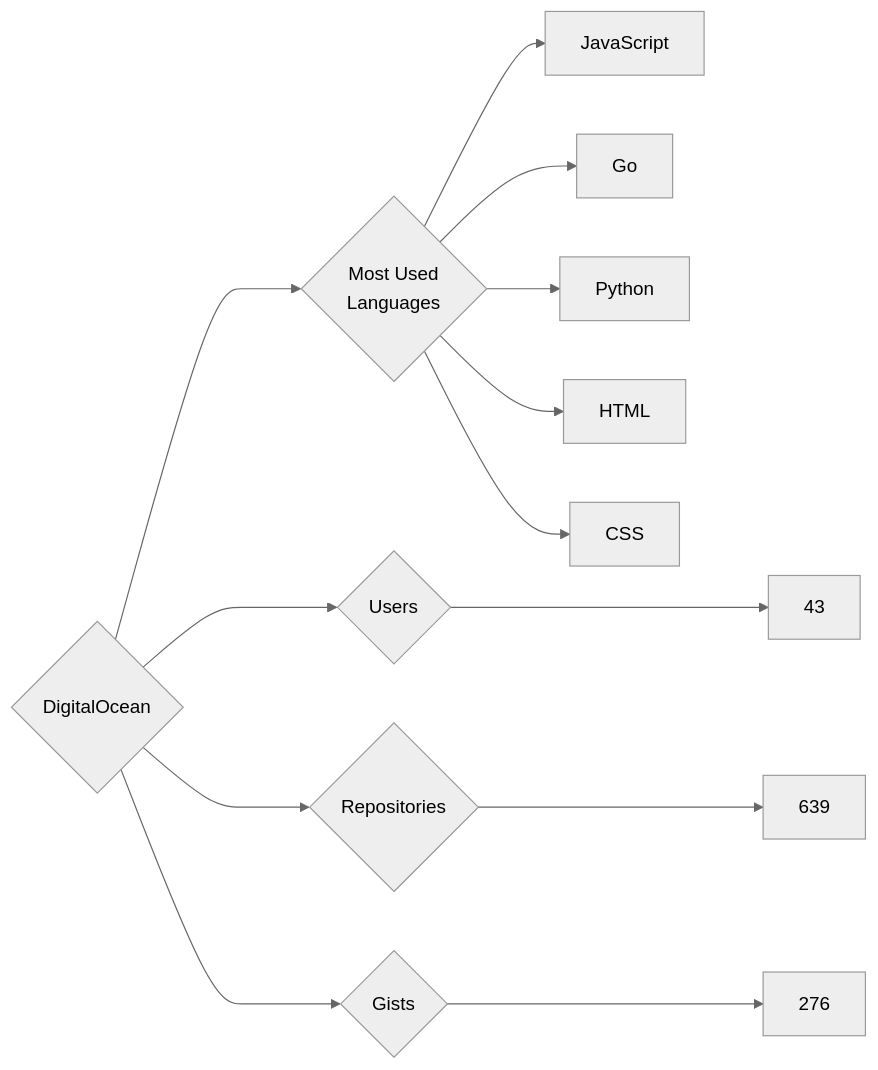
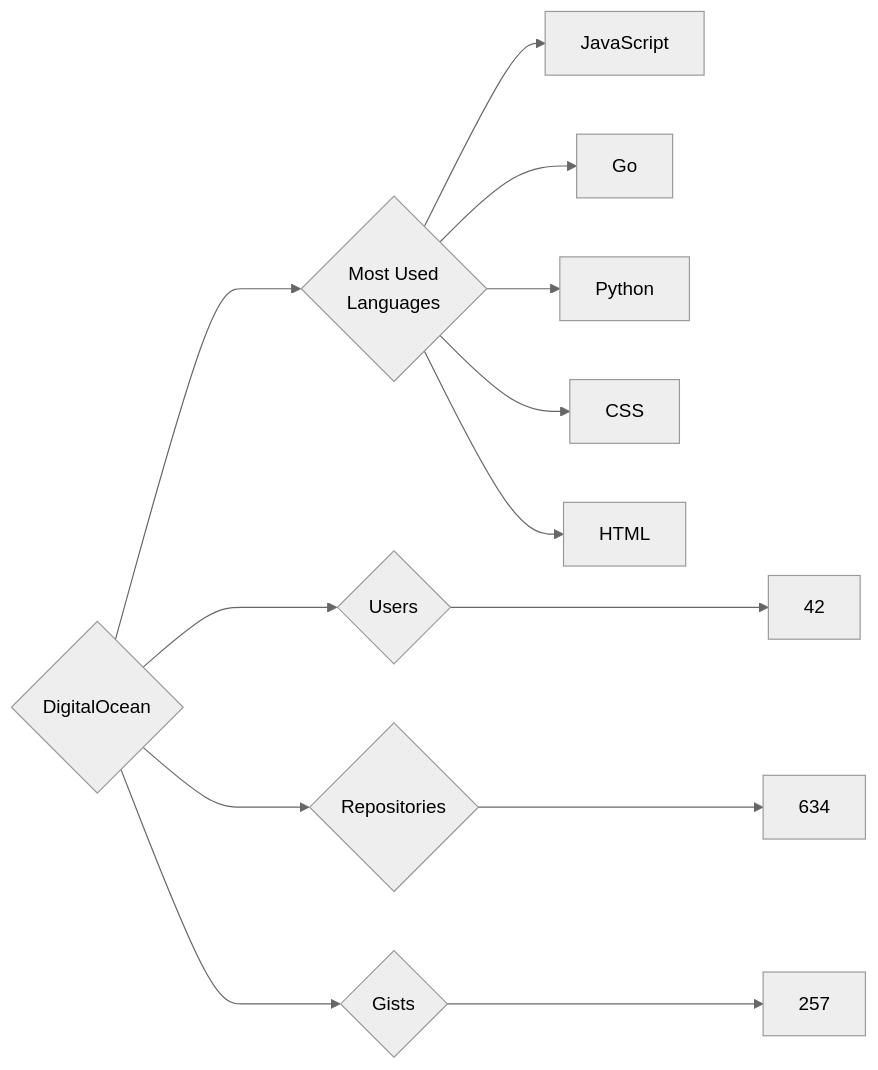
Before and after one commit to trickest/insiders: the diagram in targets/DigitalOcean/README.md, drawn with Mermaid (neutral theme). The commit also changed 715 other files, not shown here.

````diff
--- a/targets/DigitalOcean/README.md
+++ b/targets/DigitalOcean/README.md
@@ -3,13 +3,13 @@
 ```mermaid
 graph LR
 COMPANY_NAME{DigitalOcean}
-COMPANY_NAME ---> U{Users} ---> UN[43]
-COMPANY_NAME ---> R{Repositories} ---> RN[639]
-COMPANY_NAME ---> G{Gists} ---> GN[276]
+COMPANY_NAME ---> U{Users} ---> UN[42]
+COMPANY_NAME ---> R{Repositories} ---> RN[634]
+COMPANY_NAME ---> G{Gists} ---> GN[257]
 COMPANY_NAME ---> ML{Most Used<br>Languages}
 ML --> JavaScript[JavaScript]
 ML --> Go[Go]
 ML --> Python[Python]
+ML --> CSS[CSS]
 ML --> HTML[HTML]
-ML --> CSS[CSS]
 ```
````
